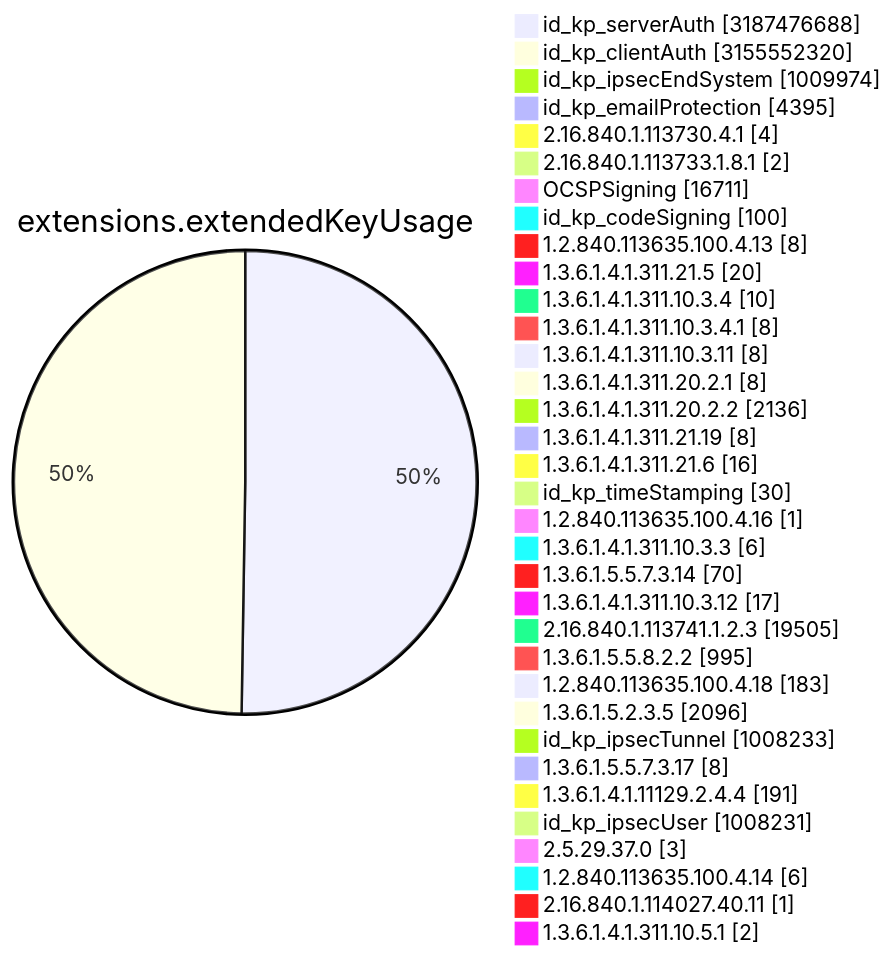
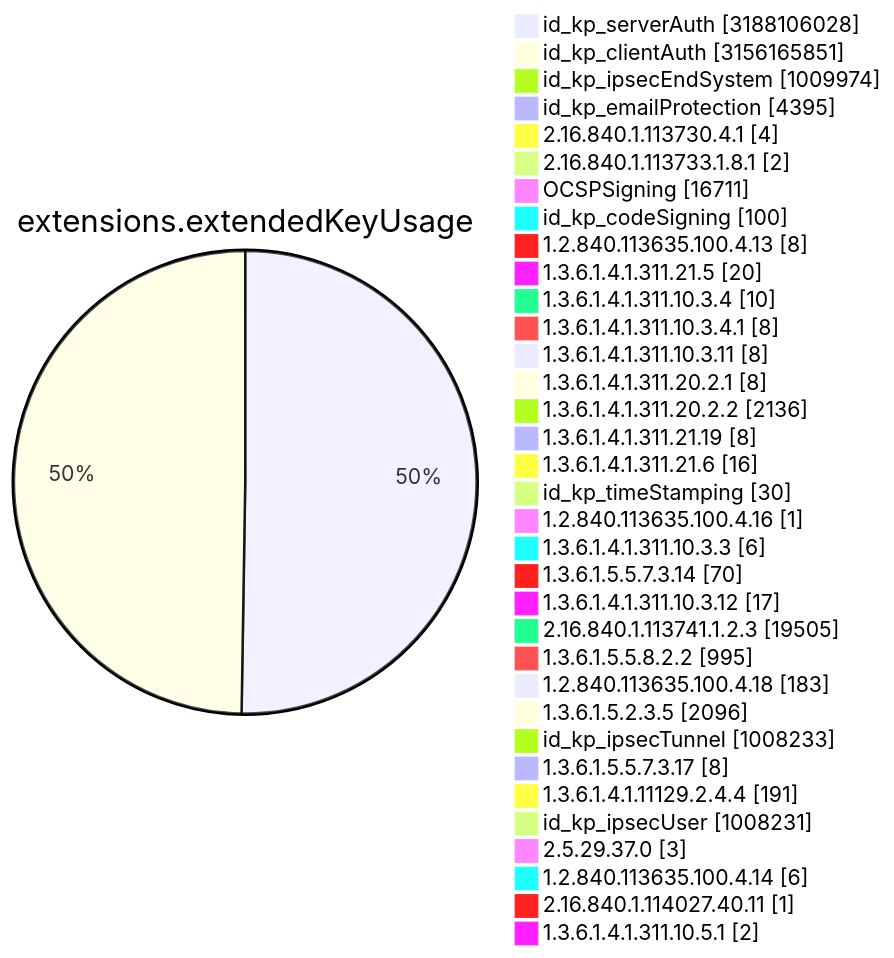
One commit to christiankrug/ctmonitor_visualization changed diagram 11 of 15 in TOTAL/README.md. Above: the diagram before and after it, drawn with Mermaid. The commit also changed other lines of this file, not shown here.

````diff
--- a/TOTAL/README.md
+++ b/TOTAL/README.md
@@ -4119,38 +4119,38 @@
 ```mermaid
 pie showData
 title extensions.extendedKeyUsage
-"id_kp_serverAuth" :3187476688
-"id_kp_clientAuth" :3155552320
+"id_kp_serverAuth" :3188106028
+"id_kp_clientAuth" :3156165851
 "id_kp_ipsecEndSystem" :1009974
 "id_kp_emailProtection" :4395
 "2.16.840.1.113730.4.1" :4
 "2.16.840.1.113733.1.8.1" :2
 "OCSPSigning" :16711
 "id_kp_codeSigning" :100
 "1.2.840.113635.100.4.13" :8
 "1.3.6.1.4.1.311.21.5" :20
 "1.3.6.1.4.1.311.10.3.4" :10
 "1.3.6.1.4.1.311.10.3.4.1" :8
 "1.3.6.1.4.1.311.10.3.11" :8
 "1.3.6.1.4.1.311.20.2.1" :8
 "1.3.6.1.4.1.311.20.2.2" :2136
 "1.3.6.1.4.1.311.21.19" :8
 "1.3.6.1.4.1.311.21.6" :16
 "id_kp_timeStamping" :30
 "1.2.840.113635.100.4.16" :1
 "1.3.6.1.4.1.311.10.3.3" :6
 "1.3.6.1.5.5.7.3.14" :70
 "1.3.6.1.4.1.311.10.3.12" :17
 "2.16.840.1.113741.1.2.3" :19505
 "1.3.6.1.5.5.8.2.2" :995
 "1.2.840.113635.100.4.18" :183
 "1.3.6.1.5.2.3.5" :2096
 "id_kp_ipsecTunnel" :1008233
 "1.3.6.1.5.5.7.3.17" :8
 "1.3.6.1.4.1.11129.2.4.4" :191
 "id_kp_ipsecUser" :1008231
 "2.5.29.37.0" :3
 "1.2.840.113635.100.4.14" :6
 "2.16.840.1.114027.40.11" :1
 "1.3.6.1.4.1.311.10.5.1" :2
 ```
````
